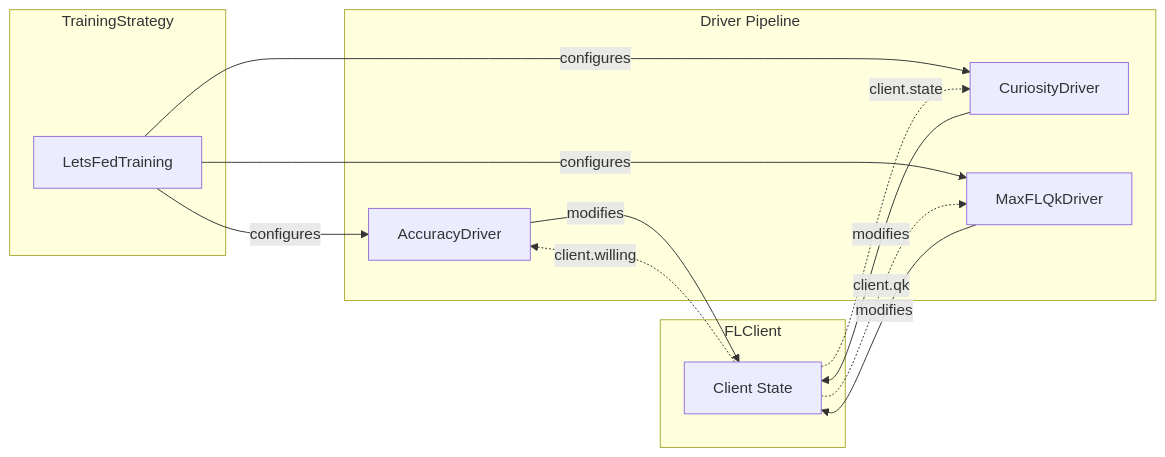
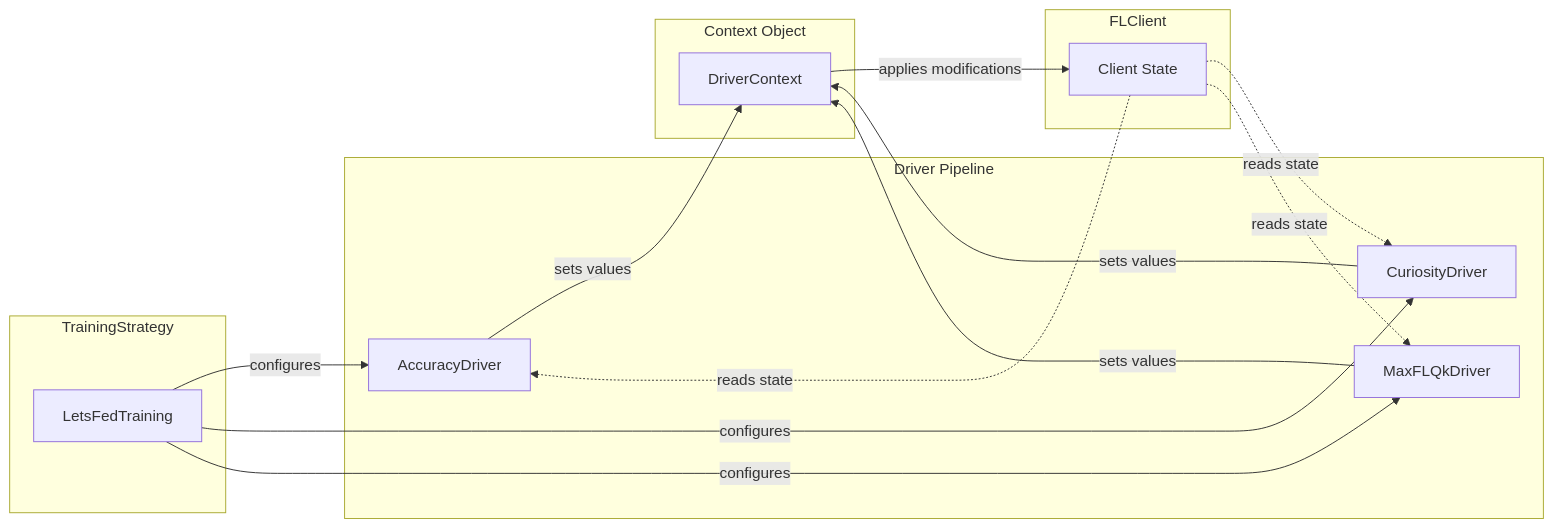
One commit to rafaeloj/LetsFed changed the fifth of 9 diagrams in README.md. Above: the diagram before and after it, drawn with Mermaid. The commit also changed other lines of this file, not shown here.

````diff
--- a/README.md
+++ b/README.md
@@ -366,28 +325,34 @@
 ```mermaid
 graph LR
     subgraph TrainingStrategy
         TS[LetsFedTraining]
     end
 
     subgraph Driver Pipeline
         D1[AccuracyDriver]
         D2[CuriosityDriver]
         D3[MaxFLQkDriver]
     end
 
+    subgraph Context Object
+        CTX[DriverContext]
+    end
+
     subgraph FLClient
         FC[Client State]
     end
 
     TS -->|configures| D1
     TS -->|configures| D2
     TS -->|configures| D3
 
-    D1 -->|modifies| FC
-    D2 -->|modifies| FC
-    D3 -->|modifies| FC
+    D1 -->|sets values| CTX
+    D2 -->|sets values| CTX
+    D3 -->|sets values| CTX
 
-    FC -.->|client.willing| D1
-    FC -.->|client.state| D2
-    FC -.->|client.qk| D3
+    CTX -->|applies modifications| FC
+
+    FC -.->|reads state| D1
+    FC -.->|reads state| D2
+    FC -.->|reads state| D3
 ```
````
